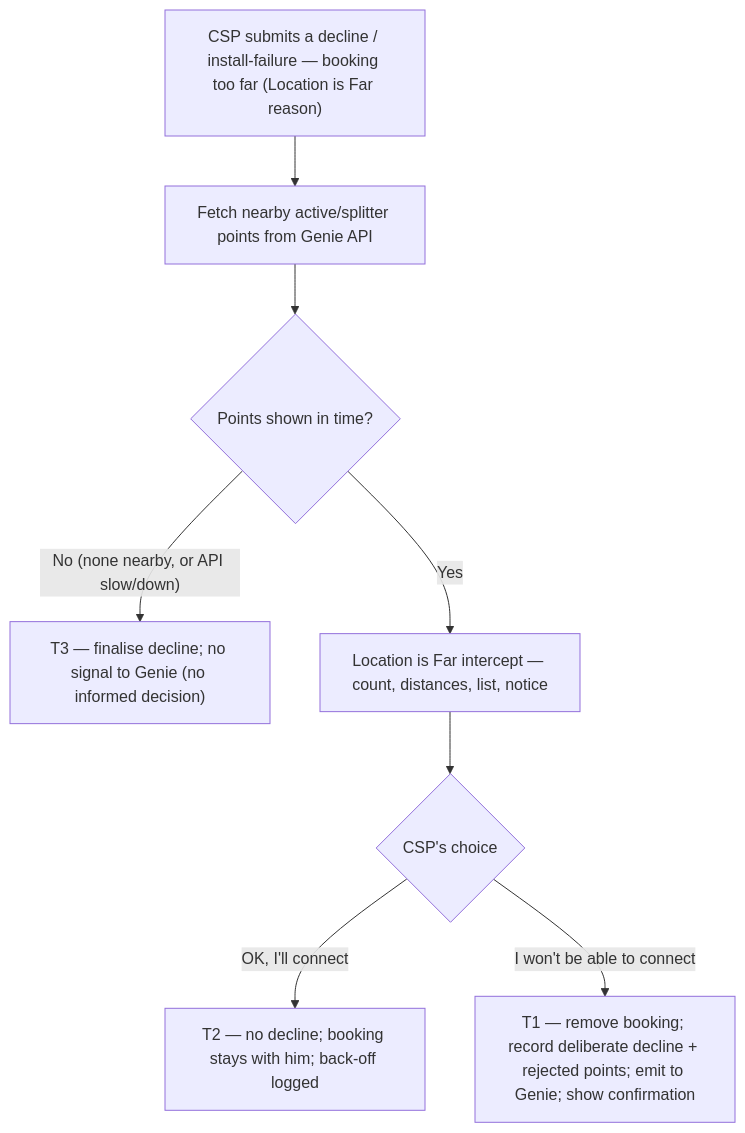
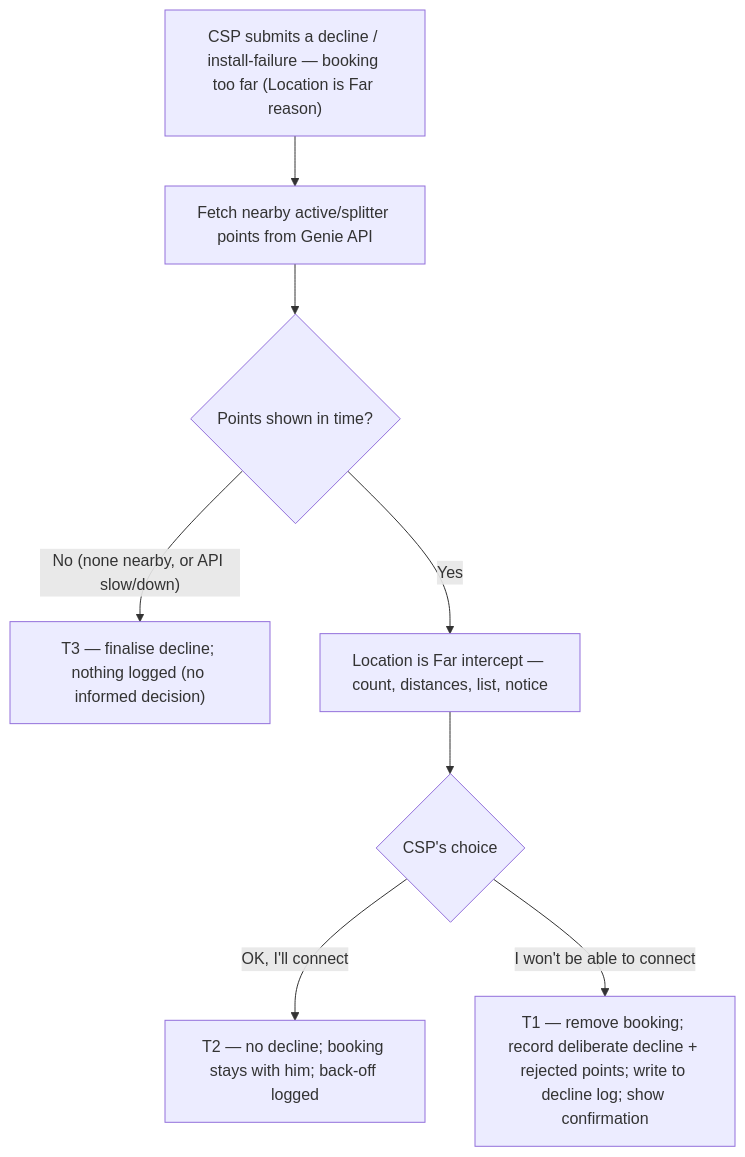
The diagram in Coverage_Decline_Assist_PRD.md (ashish-raj-wiom/coverage-decline-assist-prd), drawn with Mermaid before and after one commit. The commit also changed other lines of this file and 1 other file, not shown here.

Commit message:
v1.2 — CSP world no longer sends a signal to Genie; declines logged to a pre-existing table (the decline log) that Genie reads. Feature ends at the log write. Reverse push-not-poll Override; sweep all 'signal to Genie' -> 'log'; title/badge updated

````diff
--- a/Coverage_Decline_Assist_PRD.md
+++ b/Coverage_Decline_Assist_PRD.md
@@ -65,10 +65,10 @@
 ```mermaid
 flowchart TD
     A["CSP submits a decline / install-failure — booking too far (Location is Far reason)"] --> B["Fetch nearby active/splitter points from Genie API"]
     B --> C{"Points shown in time?"}
-    C -- "No (none nearby, or API slow/down)" --> T3["T3 — finalise decline; no signal to Genie (no informed decision)"]
+    C -- "No (none nearby, or API slow/down)" --> T3["T3 — finalise decline; nothing logged (no informed decision)"]
     C -- "Yes" --> D["Location is Far intercept — count, distances, list, notice"]
     D --> E{"CSP's choice"}
     E -- "OK, I'll connect" --> T2["T2 — no decline; booking stays with him; back-off logged"]
-    E -- "I won't be able to connect" --> T1["T1 — remove booking; record deliberate decline + rejected points; emit to Genie; show confirmation"]
+    E -- "I won't be able to connect" --> T1["T1 — remove booking; record deliberate decline + rejected points; write to decline log; show confirmation"]
 ```
````
